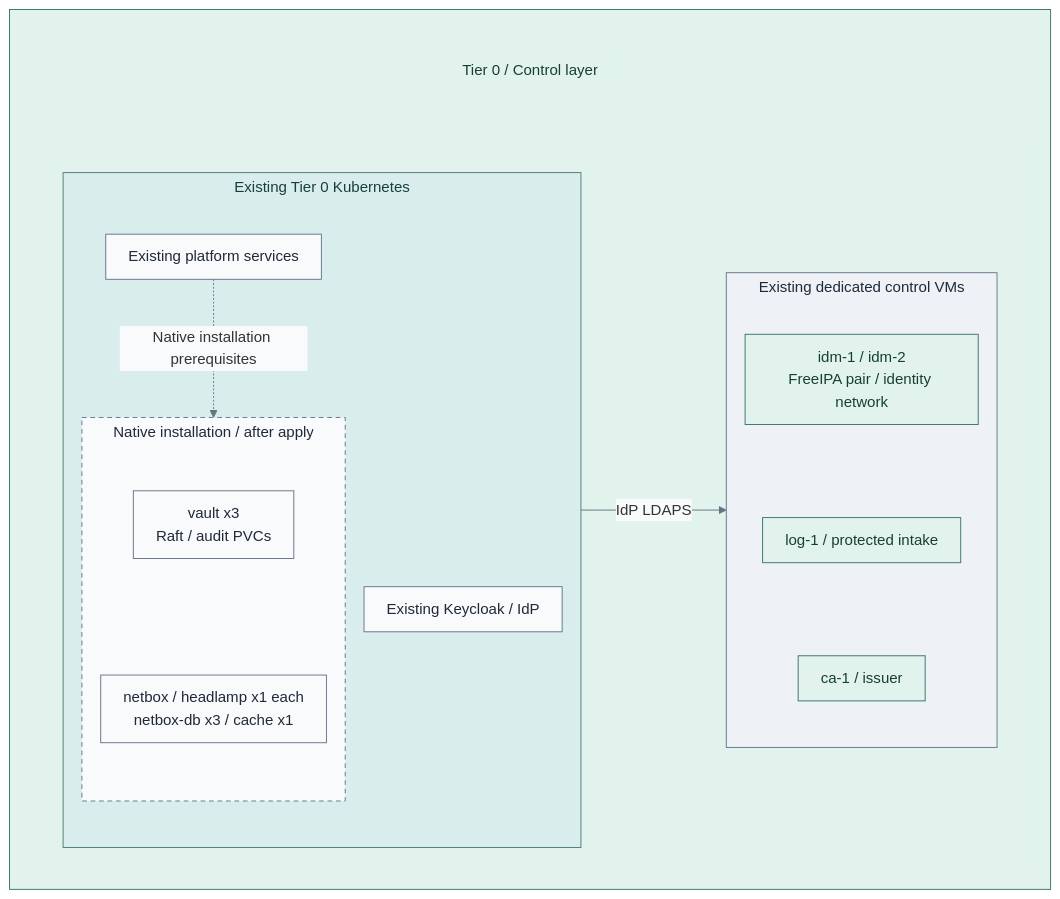
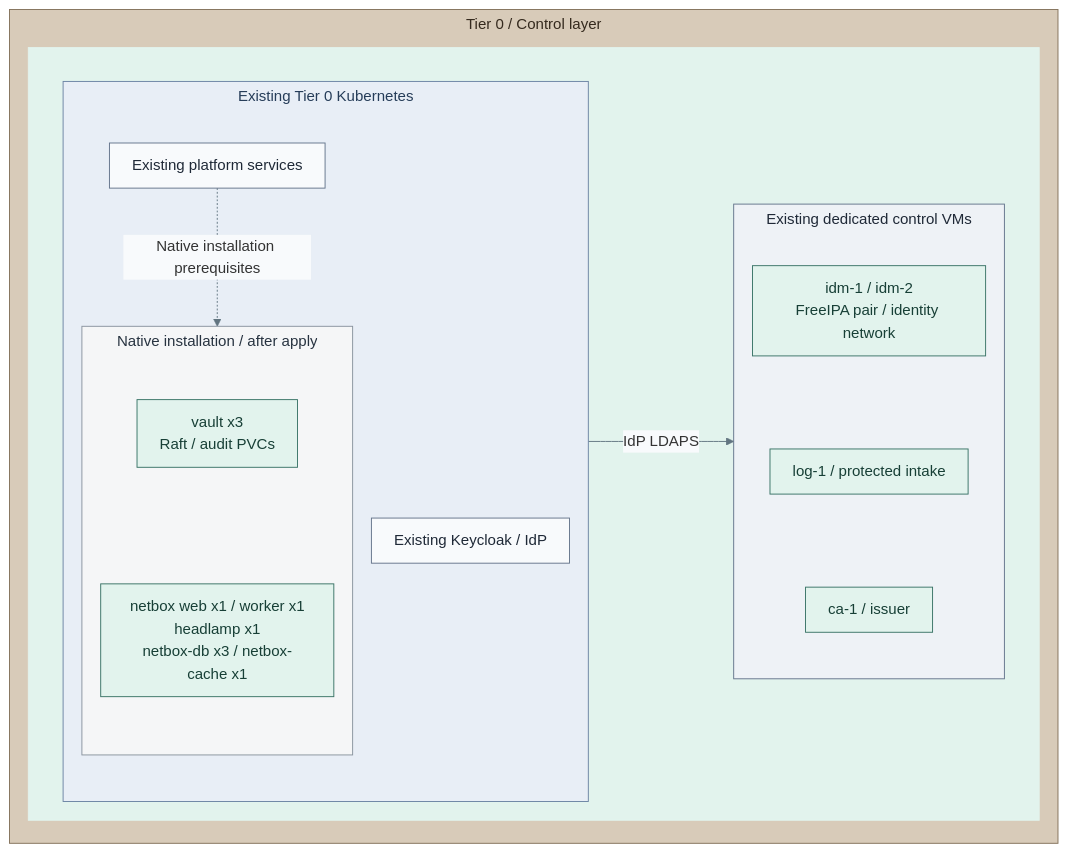
One commit to Rexus/homelab changed the diagram in docs/03-deployment/stage-6-secrets/README.md. Above: the diagram before and after it, drawn with Mermaid. The commit also changed other lines of this file and 108 other files, not shown here.

Commit message:
docs(diagrams): unify visual language and opening views

````diff
--- a/docs/03-deployment/stage-6-secrets/README.md
+++ b/docs/03-deployment/stage-6-secrets/README.md
@@ -13,43 +13,46 @@
 ```mermaid
 %%{init: {"theme":"base","flowchart":{"nodeSpacing":20,"rankSpacing":24,"padding":12,"subGraphTitleMargin":{"top":4,"bottom":12}},"themeVariables":{"lineColor":"#627581","edgeLabelBackground":"#f8fafc"}}}%%
 flowchart TB
-  subgraph T0[" "]
+  subgraph T0["Tier 0 / Control layer"]
     direction TB
-    T0Title["Tier 0 / Control layer"]
     subgraph Placement[" "]
       direction LR
       subgraph Cluster["Existing Tier 0 Kubernetes"]
         direction TB
         Base["Existing platform services"]
         Keycloak["Existing Keycloak / IdP"]
         subgraph Added["Native installation / after apply"]
           direction TB
           Vault["vault x3<br/>Raft / audit PVCs"]
-          Ops["netbox / headlamp x1 each<br/>netbox-db x3 / cache x1"]
+          Ops["netbox web x1 / worker x1<br/>headlamp x1<br/>netbox-db x3 / netbox-cache x1"]
           Vault ~~~ Ops
         end
         Base -. Native installation prerequisites .-> Added
       end
       subgraph Existing["Existing dedicated control VMs"]
         direction TB
         Identity["idm-1 / idm-2<br/>FreeIPA pair / identity network"]
         Log["log-1 / protected intake"]
         Issuer["ca-1 / issuer"]
         Identity ~~~ Log ~~~ Issuer
       end
       Cluster -->|IdP LDAPS| Existing
     end
-    T0Title ~~~ Placement
   end
   classDef default fill:#f8fafc,stroke:#64748b,color:#1f2937
   classDef boundary fill:#eef2f6,stroke:#64748b,color:#1f2937
   classDef control fill:#e2f3ed,stroke:#397366,color:#173f36
   classDef controlHeading fill:#e2f3ed,stroke:#e2f3ed,color:#173f36
   classDef runtime fill:#d9eeec,stroke:#4d7b77,color:#173f3e
-  classDef replicas fill:#f8fafc,stroke:#64748b,color:#1f2937,stroke-dasharray:5 4
+  classDef group fill:#f5f6f7,stroke:#89939e,color:#273340
   class Existing boundary
-  class T0,Identity,Issuer,Log control
-  class T0Title,Placement controlHeading
-  class Cluster runtime
-  class Added replicas
+  class Identity,Issuer,Log control
+  class Placement controlHeading
+  class Added group
+  class Vault,Ops control
+  classDef kubernetes fill:#e8eef6,stroke:#6b83a3,color:#263d59
+  class Cluster kubernetes
+  classDef tier0 fill:#d8cbb9,stroke:#83715a,color:#352a1e
+  class T0 tier0
+  classDef tier0Heading fill:#d8cbb9,stroke:#d8cbb9,color:#352a1e
 ```
````
